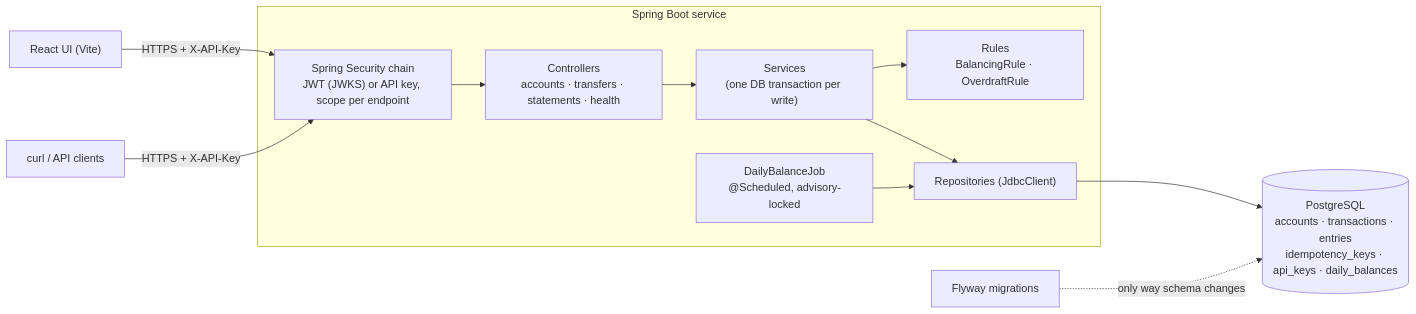
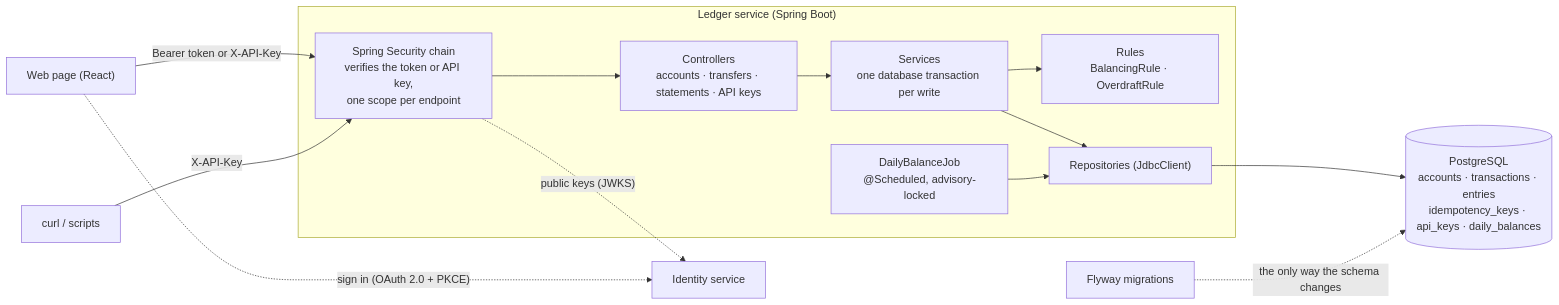
The first of 2 diagrams in README.md (debsamanta5571-dot/ledger-service), drawn with Mermaid before and after one commit. The commit also changed other lines of this file and 30 other files, not shown here.

````diff
--- a/README.md
+++ b/README.md
@@ -25,16 +31,18 @@
 ```mermaid
 flowchart LR
-    UI["React UI (Vite)"] -->|HTTPS + X-API-Key| F
-    CLI["curl / API clients"] -->|HTTPS + X-API-Key| F
+    UI["Web page (React)"] -->|"Bearer token or X-API-Key"| F
+    CLI["curl / scripts"] -->|X-API-Key| F
+    UI -.->|"sign in (OAuth 2.0 + PKCE)"| IDP["Identity service"]
+    F -.->|"public keys (JWKS)"| IDP
 
-    subgraph Service["Spring Boot service"]
-        F["Spring Security chain<br/>JWT (JWKS) or API key, scope per endpoint"] --> C["Controllers<br/>accounts · transfers · statements · health"]
-        C --> S["Services<br/>(one DB transaction per write)"]
+    subgraph Service["Ledger service (Spring Boot)"]
+        F["Spring Security chain<br/>verifies the token or API key,<br/>one scope per endpoint"] --> C["Controllers<br/>accounts · transfers · statements · API keys"]
+        C --> S["Services<br/>one database transaction per write"]
         S --> R["Rules<br/>BalancingRule · OverdraftRule"]
         S --> Repo["Repositories (JdbcClient)"]
         J["DailyBalanceJob<br/>@Scheduled, advisory-locked"] --> Repo
     end
 
     Repo --> DB[("PostgreSQL<br/>accounts · transactions · entries<br/>idempotency_keys · api_keys · daily_balances")]
-    FW["Flyway migrations"] -.->|only way schema changes| DB
+    FW["Flyway migrations"] -.->|"the only way the schema changes"| DB
 ```
````
